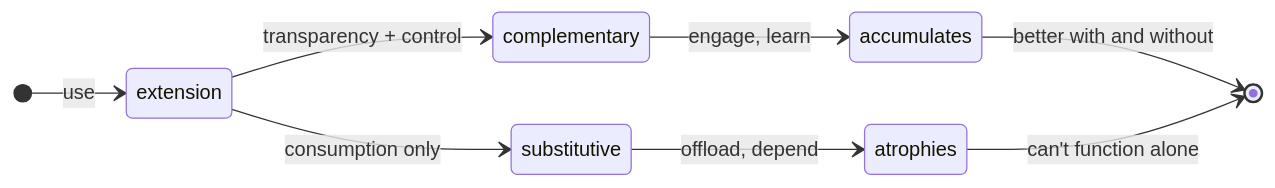
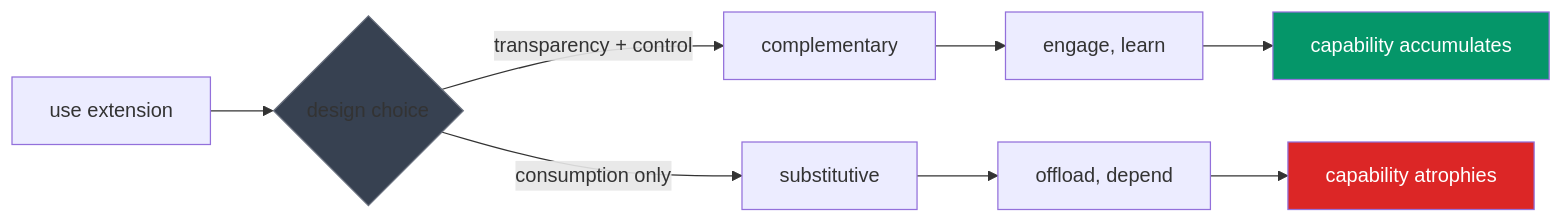
Before and after one commit to yzavyas/claude-1337: the diagram in experience/content/explore/explanation/ethos/index.md, drawn with Mermaid. The commit also changed other lines of this file and 1 other file, not shown here.

First line of the commit message:
fix: apply sensei + diagrams review improvements

````diff
--- a/experience/content/explore/explanation/ethos/index.md
+++ b/experience/content/explore/explanation/ethos/index.md
@@ -19,14 +19,14 @@
 ```mermaid
-stateDiagram-v2
-    direction LR
-    [*] --> extension: use
+flowchart LR
+    U[use extension] --> D{design choice}
+    D -->|transparency + control| C[complementary]
+    D -->|consumption only| S[substitutive]
+    C --> A1[engage, learn]
+    S --> A2[offload, depend]
+    A1 --> O1[capability accumulates]
+    A2 --> O2[capability atrophies]
 
-    extension --> complementary: transparency + control
-    extension --> substitutive: consumption only
-
-    complementary --> accumulates: engage, learn
-    substitutive --> atrophies: offload, depend
-
-    accumulates --> [*]: better with and without
-    atrophies --> [*]: can't function alone
+    style D fill:#374151,stroke:#6b7280
+    style O1 fill:#059669,color:#fff
+    style O2 fill:#dc2626,color:#fff
 ```
````
